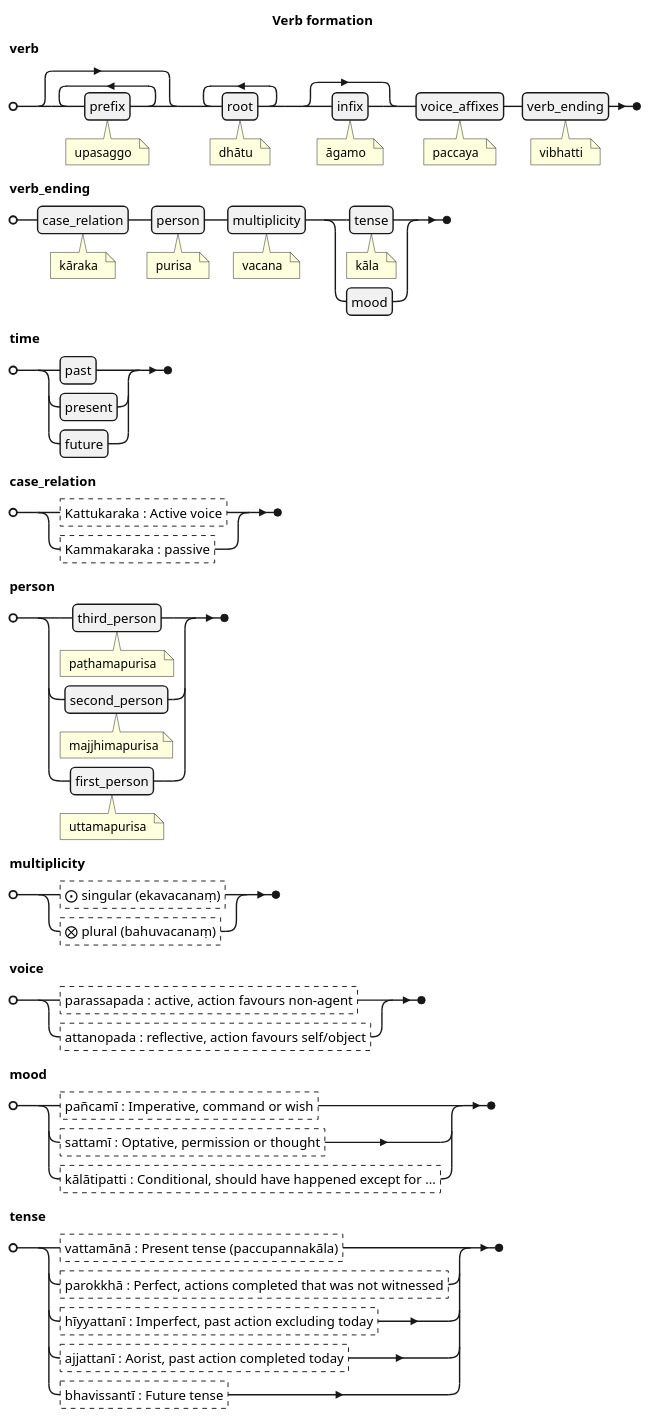
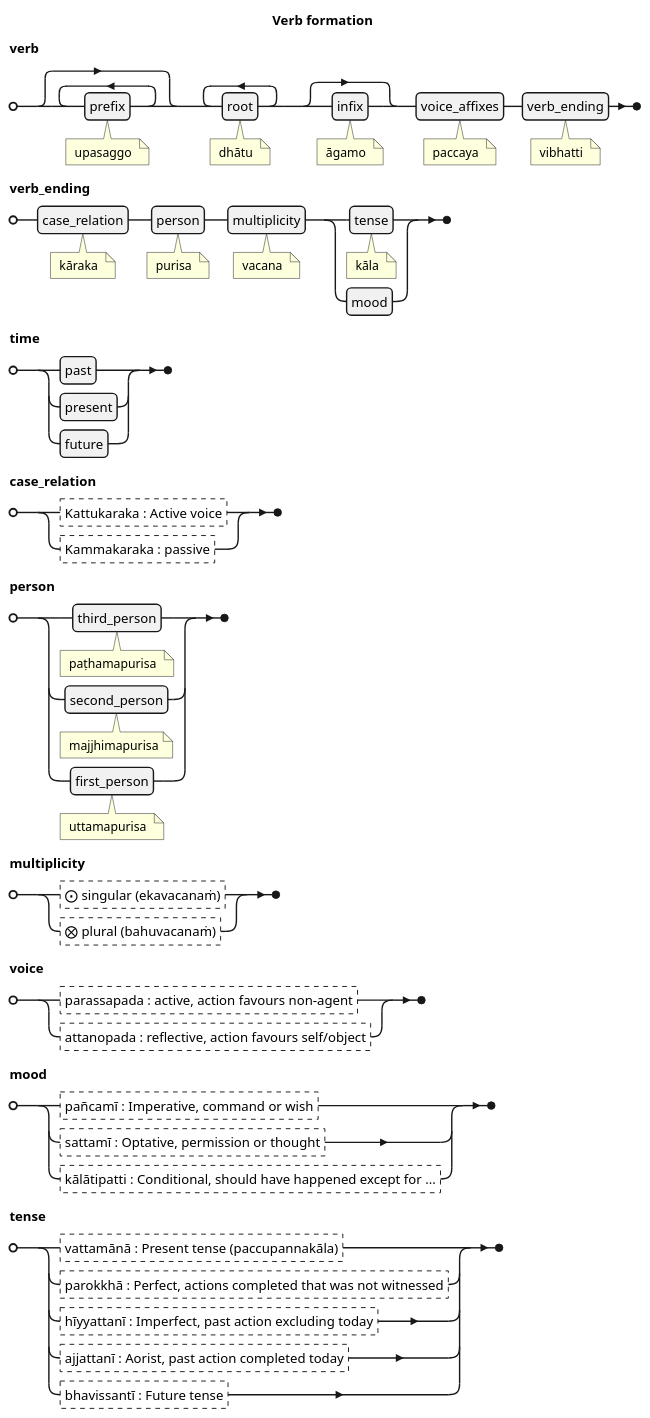
One commit to ChristineTham/buddhavacana changed the tenth of 12 diagrams in src/content/docs/Pali Textbook/c-grammar.md. Above: the diagram before and after it, drawn with PlantUML. The commit also changed other lines of this file and 22 other files, not shown here.

````diff
--- a/src/content/docs/Pali Textbook/c-grammar.md
+++ b/src/content/docs/Pali Textbook/c-grammar.md
@@ -190,43 +190,43 @@
 ```plantuml
 @startebnf
 title Verb formation
 verb =
   {prefix (* upasaggo *)},
   {root (* dhātu *)}-,
   [infix (* āgamo *)],
   voice_affixes (* paccaya *),
   verb_ending (* vibhatti *) ;
 verb_ending =
   case_relation (* kāraka *),
   person (* purisa *),
   multiplicity (* vacana *),
   (tense (* kāla *) | mood);
 time =
   past |
   present |
   future ;
 case_relation =
   ?Kattukaraka : Active voice? |
   ?Kammakaraka : passive? ;
 person =
   third_person (* paṭhamapurisa *) |
   second_person (* majjhimapurisa*) |
   first_person (* uttamapurisa *) ;
 multiplicity =
-  ?⨀ singular (ekavacanaṃ)? |
-  ?⨂ plural (bahuvacanaṃ)? ;
+  ?⨀ singular (ekavacanaṁ)? |
+  ?⨂ plural (bahuvacanaṁ)? ;
 voice =
   ?parassapada : active, action favours non-agent? |
   ?attanopada : reflective, action favours self/object?;
 mood =
   ?pañcamī : Imperative, command or wish? |
   ?sattamī : Optative, permission or thought? |
   ?kālātipatti : Conditional, should have happened except for ...? ;
 tense =
   ?vattamānā : Present tense (paccupannakāla)? |
   ?parokkhā : Perfect, actions completed that was not witnessed? |
   ?hīyyattanī : Imperfect, past action excluding today? |
   ?ajjattanī : Aorist, past action completed today? |
   ?bhavissantī : Future tense? ;
 @endebnf
 ```
````
